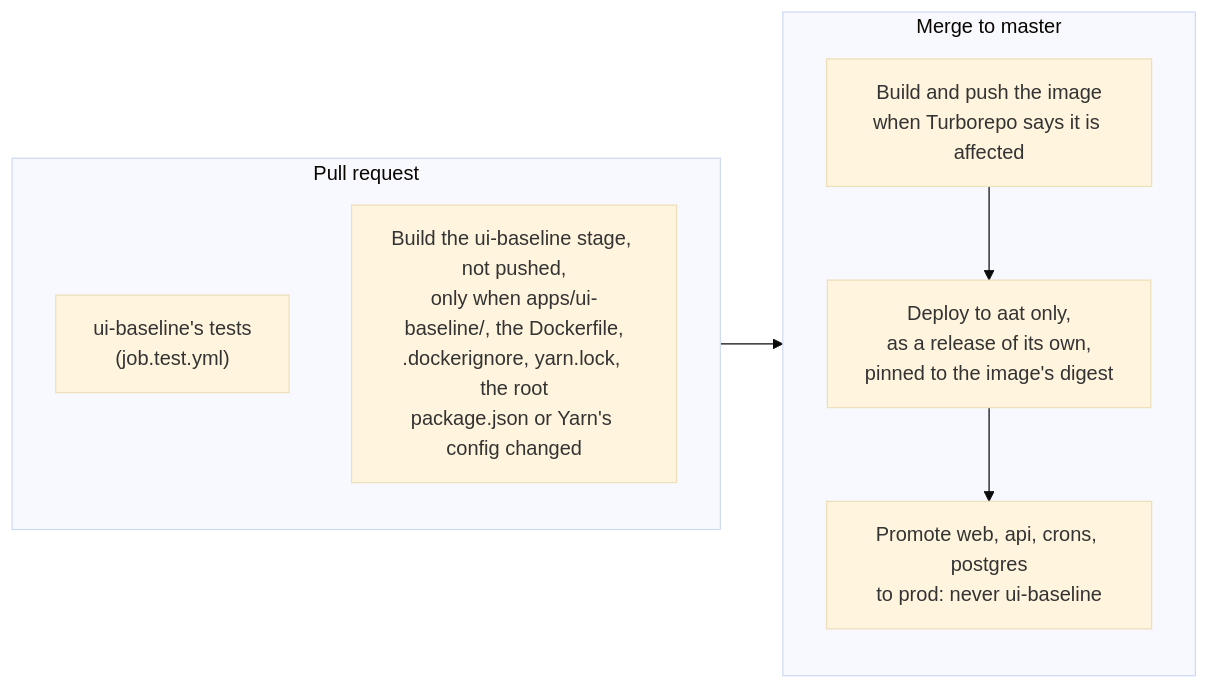
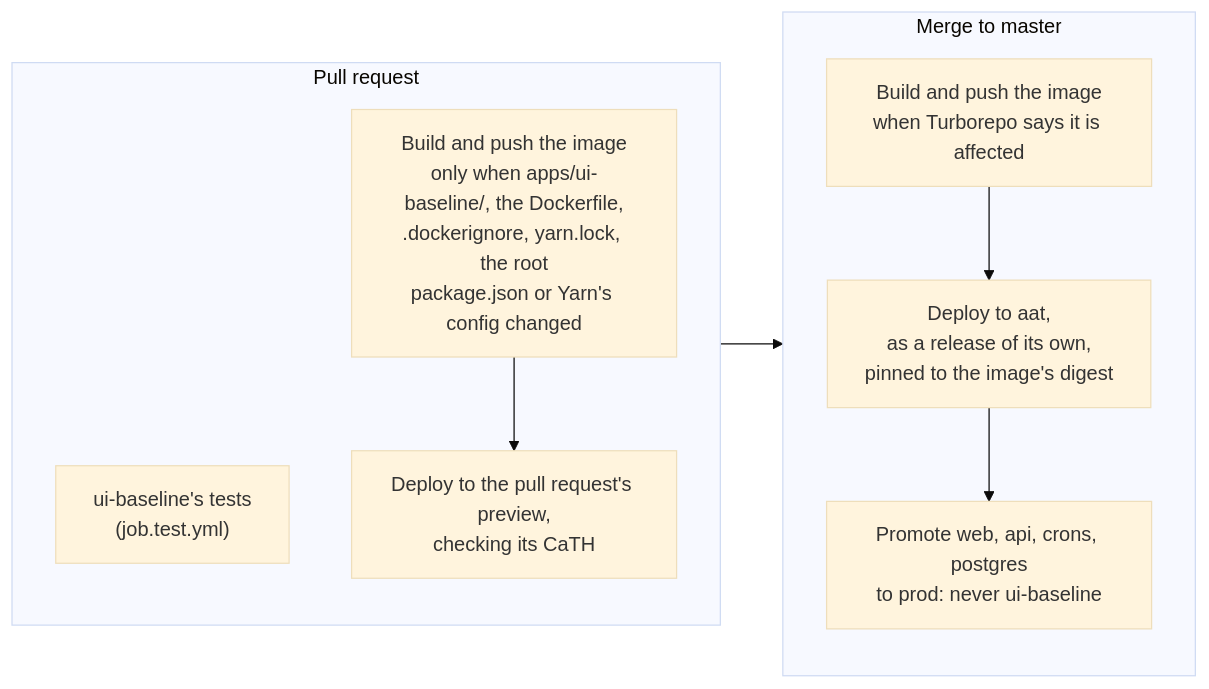
Before and after one commit to hmcts/cath-service: the eighth of 8 diagrams in apps/ui-baseline/ARCHITECTURE.md, drawn with Mermaid (base theme). The commit also changed other lines of this file and 18 other files, not shown here.

First line of the commit message:
feat(691): deploy ui-baseline to the preview of a pull request that builds it

````diff
--- a/apps/ui-baseline/ARCHITECTURE.md
+++ b/apps/ui-baseline/ARCHITECTURE.md
@@ -254,14 +255,16 @@
 ```mermaid
 flowchart LR
   subgraph pr["Pull request"]
     tests["ui-baseline's tests<br/>(job.test.yml)"]
-    verify["Build the ui-baseline stage, not pushed,<br/>only when apps/ui-baseline/, the Dockerfile,<br/>.dockerignore, yarn.lock, the root<br/>package.json or Yarn's config changed"]
+    prbuild["Build and push the image<br/>only when apps/ui-baseline/, the Dockerfile,<br/>.dockerignore, yarn.lock, the root<br/>package.json or Yarn's config changed"]
+    preview["Deploy to the pull request's preview,<br/>checking its CaTH"]
   end
   subgraph master["Merge to master"]
     build["Build and push the image<br/>when Turborepo says it is affected"]
-    deploy["Deploy to aat only,<br/>as a release of its own,<br/>pinned to the image's digest"]
+    deploy["Deploy to aat,<br/>as a release of its own,<br/>pinned to the image's digest"]
     promote["Promote web, api, crons, postgres<br/>to prod: never ui-baseline"]
   end
+  prbuild --> preview
   pr --> master
   build --> deploy --> promote
 ```
````
